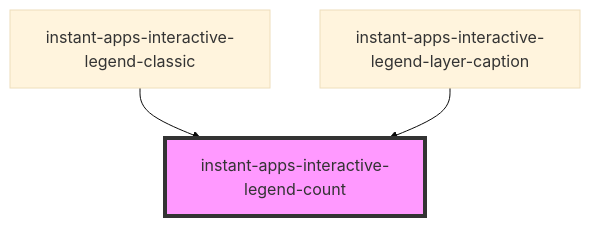
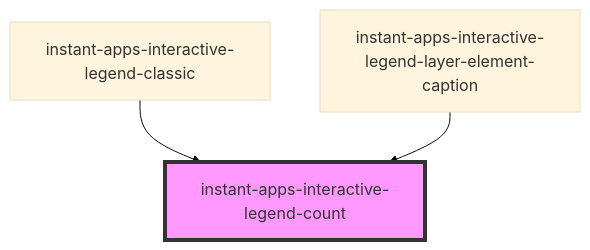
The diagram in src/components/instant-apps-interactive-legend/instant-apps-interactive-legend-count/readme.md (Esri/instant-apps-components), drawn with Mermaid (base theme) before and after one commit. The commit also changed other lines of this file and 13 other files, not shown here.

Commit message:
chore: more renaming of instant-apps-interactive-legend's sub components

````diff
--- a/src/components/instant-apps-interactive-legend/instant-apps-interactive-legend-count/readme.md
+++ b/src/components/instant-apps-interactive-legend/instant-apps-interactive-legend-count/readme.md
@@ -28,6 +28,6 @@
 ```mermaid
 graph TD;
   instant-apps-interactive-legend-classic --> instant-apps-interactive-legend-count
-  instant-apps-interactive-legend-layer-caption --> instant-apps-interactive-legend-count
+  instant-apps-interactive-legend-layer-element-caption --> instant-apps-interactive-legend-count
   style instant-apps-interactive-legend-count fill:#f9f,stroke:#333,stroke-width:4px
 ```
````
